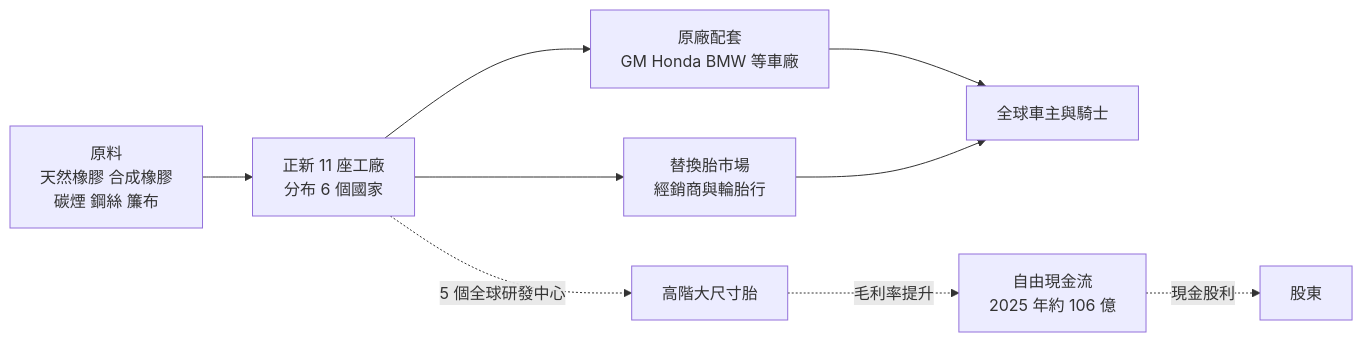
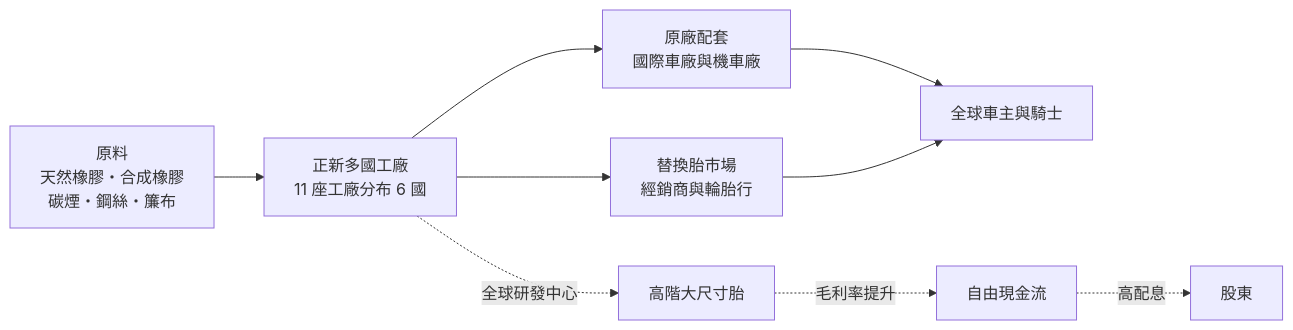
One commit to wangnick1004/taiwan-stock-vault changed the second of 4 diagrams in 個股/台股/2105正新.md. Above: the diagram before and after it, drawn with Mermaid. The commit also changed other lines of this file and 16 other files, not shown here.

````diff
--- a/個股/台股/2105正新.md
+++ b/個股/台股/2105正新.md
@@ -70,11 +67,11 @@
 ```mermaid
 flowchart LR
-    A["原料<br/>天然橡膠 合成橡膠<br/>碳煙 鋼絲 簾布"] --> B["正新 11 座工廠<br/>分布 6 個國家"]
-    B --> C1["原廠配套<br/>GM Honda BMW 等車廠"]
+    A["原料<br/>天然橡膠・合成橡膠<br/>碳煙・鋼絲・簾布"] --> B["正新多國工廠<br/>11 座工廠分布 6 國"]
+    B --> C1["原廠配套<br/>國際車廠與機車廠"]
     B --> C2["替換胎市場<br/>經銷商與輪胎行"]
     C1 --> D[全球車主與騎士]
     C2 --> D
-    B -. 5 個全球研發中心 .-> E[高階大尺寸胎]
-    E -. 毛利率提升 .-> F["自由現金流<br/>2025 年約 106 億"]
-    F -. 現金股利 .-> G[股東]
+    B -. 全球研發中心 .-> E[高階大尺寸胎]
+    E -. 毛利率提升 .-> F[自由現金流]
+    F -. 高配息 .-> G[股東]
 ```
````
